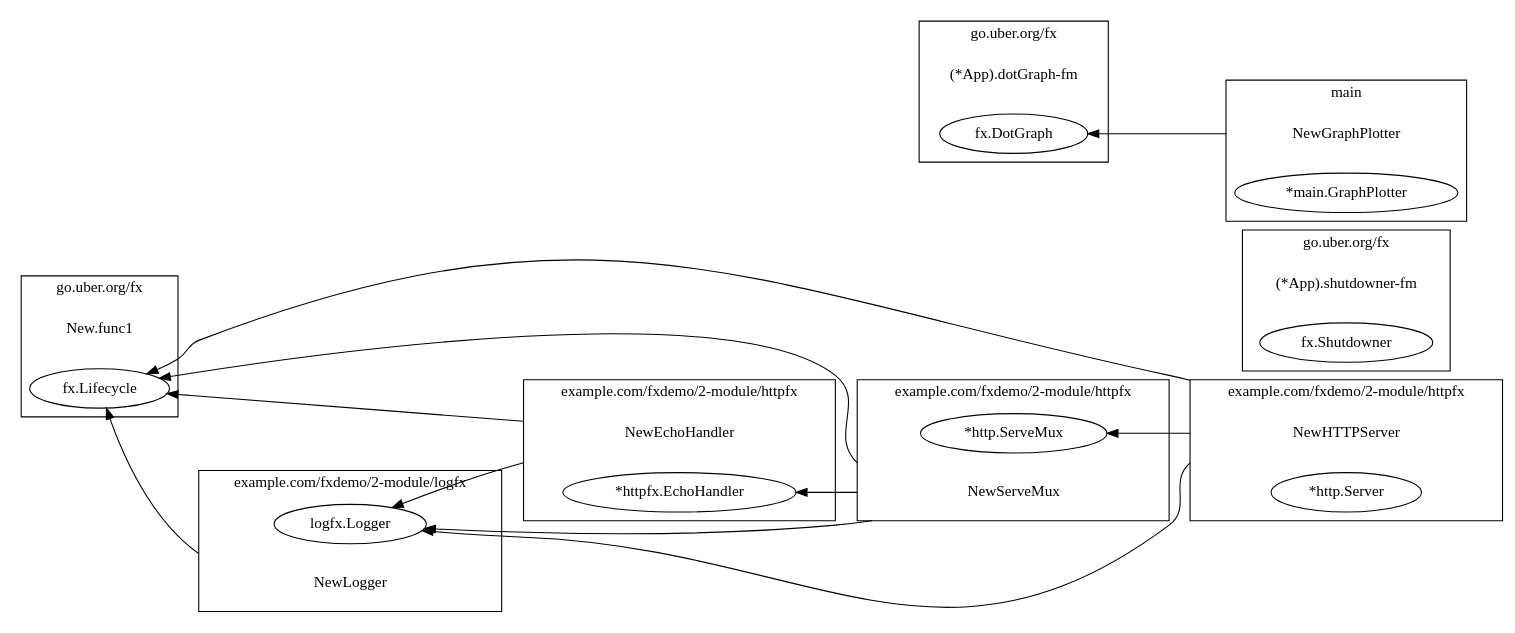
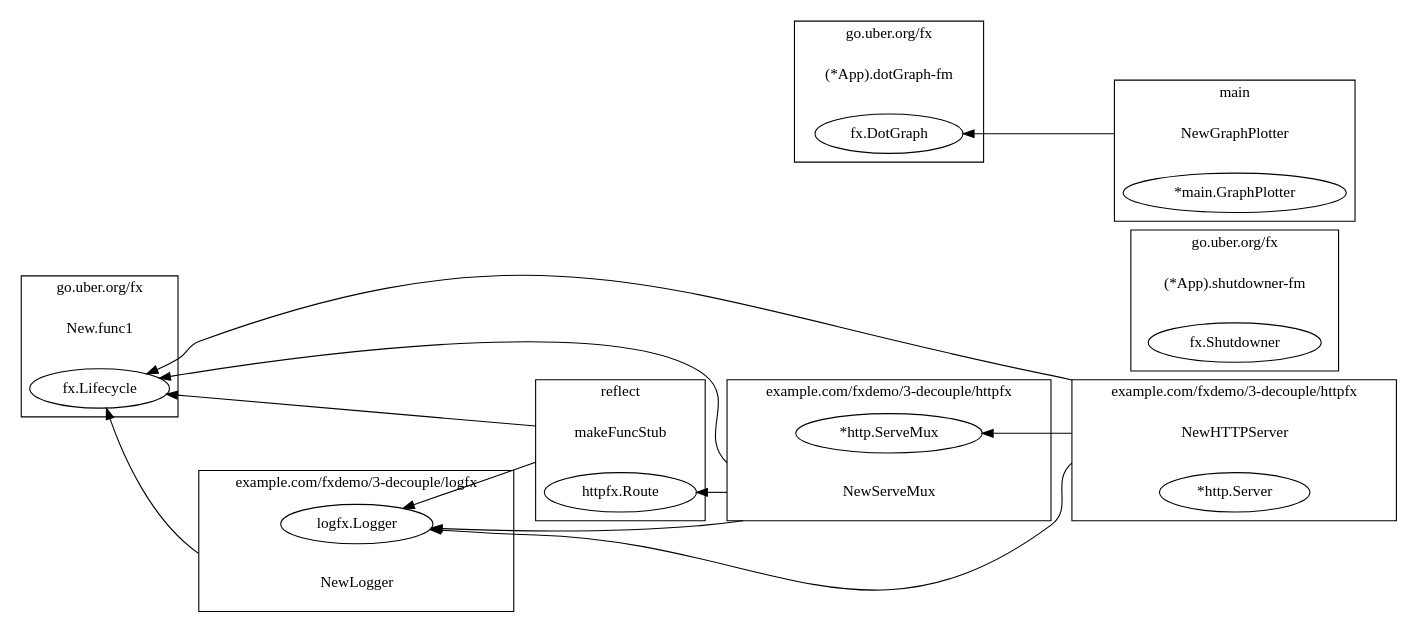
One commit to gemini-kenshi/fx-demo changed the diagram in 3-decouple/dotGraph.dot. Above: the diagram before and after it, drawn with Graphviz. The commit also changed 3 other files, not shown here.

```diff
--- a/3-decouple/dotGraph.dot
+++ b/3-decouple/dotGraph.dot
@@ -1,98 +1,98 @@
 digraph {
 	rankdir=RL;
 	graph [compound=true];
 	
 		subgraph cluster_0 {
 			label = "go.uber.org/fx";
 			constructor_0 [shape=plaintext label="New.func1"];
 			
 			"fx.Lifecycle" [label=<fx.Lifecycle>];
 			
 		}
 		
 		
 		subgraph cluster_1 {
 			label = "go.uber.org/fx";
 			constructor_1 [shape=plaintext label="(*App).shutdowner-fm"];
 			
 			"fx.Shutdowner" [label=<fx.Shutdowner>];
 			
 		}
 		
 		
 		subgraph cluster_2 {
 			label = "go.uber.org/fx";
 			constructor_2 [shape=plaintext label="(*App).dotGraph-fm"];
 			
 			"fx.DotGraph" [label=<fx.DotGraph>];
 			
 		}
 		
 		
 		subgraph cluster_3 {
 			label = "main";
 			constructor_3 [shape=plaintext label="NewGraphPlotter"];
 			
 			"*main.GraphPlotter" [label=<*main.GraphPlotter>];
 			
 		}
 		
 			constructor_3 -> "fx.DotGraph" [ltail=cluster_3];
 		
 		
 		subgraph cluster_4 {
-			label = "example.com/fxdemo/2-module/httpfx";
+			label = "example.com/fxdemo/3-decouple/httpfx";
 			constructor_4 [shape=plaintext label="NewHTTPServer"];
 			
 			"*http.Server" [label=<*http.Server>];
 			
 		}
 		
 			constructor_4 -> "fx.Lifecycle" [ltail=cluster_4];
 		
 			constructor_4 -> "logfx.Logger" [ltail=cluster_4];
 		
 			constructor_4 -> "*http.ServeMux" [ltail=cluster_4];
 		
 		
 		subgraph cluster_5 {
-			label = "example.com/fxdemo/2-module/httpfx";
-			constructor_5 [shape=plaintext label="NewEchoHandler"];
+			label = "reflect";
+			constructor_5 [shape=plaintext label="makeFuncStub"];
 			
-			"*httpfx.EchoHandler" [label=<*httpfx.EchoHandler>];
+			"httpfx.Route" [label=<httpfx.Route>];
 			
 		}
 		
 			constructor_5 -> "fx.Lifecycle" [ltail=cluster_5];
 		
 			constructor_5 -> "logfx.Logger" [ltail=cluster_5];
 		
 		
 		subgraph cluster_6 {
-			label = "example.com/fxdemo/2-module/httpfx";
+			label = "example.com/fxdemo/3-decouple/httpfx";
 			constructor_6 [shape=plaintext label="NewServeMux"];
 			
 			"*http.ServeMux" [label=<*http.ServeMux>];
 			
 		}
 		
 			constructor_6 -> "fx.Lifecycle" [ltail=cluster_6];
 		
 			constructor_6 -> "logfx.Logger" [ltail=cluster_6];
 		
-			constructor_6 -> "*httpfx.EchoHandler" [ltail=cluster_6];
+			constructor_6 -> "httpfx.Route" [ltail=cluster_6];
 		
 		
 		subgraph cluster_7 {
-			label = "example.com/fxdemo/2-module/logfx";
+			label = "example.com/fxdemo/3-decouple/logfx";
 			constructor_7 [shape=plaintext label="NewLogger"];
 			
 			"logfx.Logger" [label=<logfx.Logger>];
 			
 		}
 		
 			constructor_7 -> "fx.Lifecycle" [ltail=cluster_7];
 		
 		
 	
 }
```
